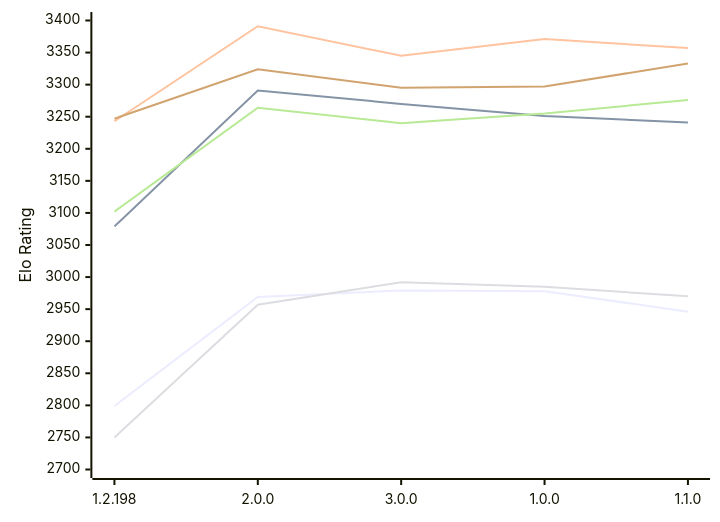
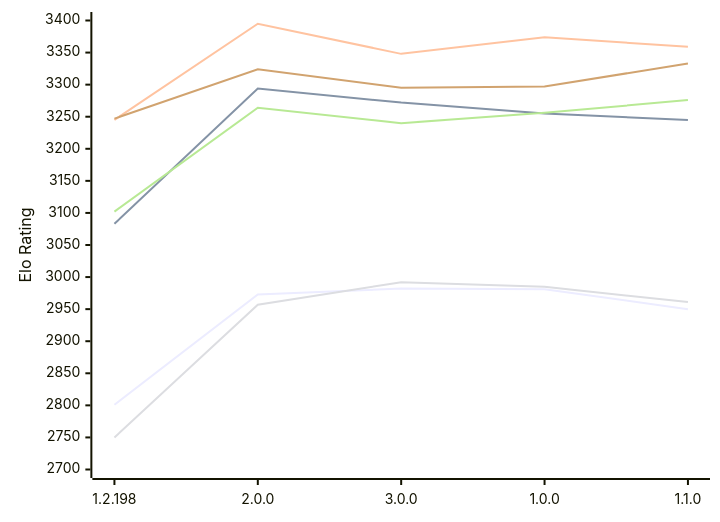
One commit to computer-chess-index/cci changed the diagram in engines/Trebuchet.md. Above: the diagram before and after it, drawn with Mermaid. The commit also changed other lines of this file, not shown here.

Commit message:
Update CCI Ratings (ELO VLTC) - 2026-11-22

````diff
--- a/engines/Trebuchet.md
+++ b/engines/Trebuchet.md
@@ -55,12 +55,12 @@
 ```mermaid
 %%{init: {"theme":"base","themeVariables":{"seriesColors:['#a3a3a3','#222221','#faa371']}}}%%
 xychart-beta
   x-axis ["1.2.198", "2.0.0", "3.0.0", "1.0.0", "1.1.0"]
   y-axis "Elo Rating" 2700 --> 3400
-  line "E1: STC (8.0+0.08s)" [2799, 2969, 2979, 2978, 2946]
-  line "E1: LTC (60.0+0.60s)" [3079, 3291, 3270, 3251, 3241]
-  line "E1: VLTC (2m24s+1.12s)" [3243, 3391, 3345, 3371, 3357]
-  line "P1: STC (8.0+0.08s)" [2750, 2957, 2992, 2985, 2970]
-  line "P1: LTC (60.0+0.60s)" [3102, 3264, 3240, 3255, 3276]
+  line "E1: STC (8.0+0.08s)" [2801, 2973, 2982, 2981, 2950]
+  line "E1: LTC (60.0+0.60s)" [3083, 3294, 3272, 3255, 3245]
+  line "E1: VLTC (2m24s+1.12s)" [3245, 3395, 3348, 3374, 3359]
+  line "P1: STC (8.0+0.08s)" [2750, 2957, 2992, 2985, 2961]
+  line "P1: LTC (60.0+0.60s)" [3102, 3264, 3240, 3256, 3276]
   line "P1: VLTC (2m24s+1.12s)" [3247, 3324, 3295, 3297, 3333]
 ```
````
